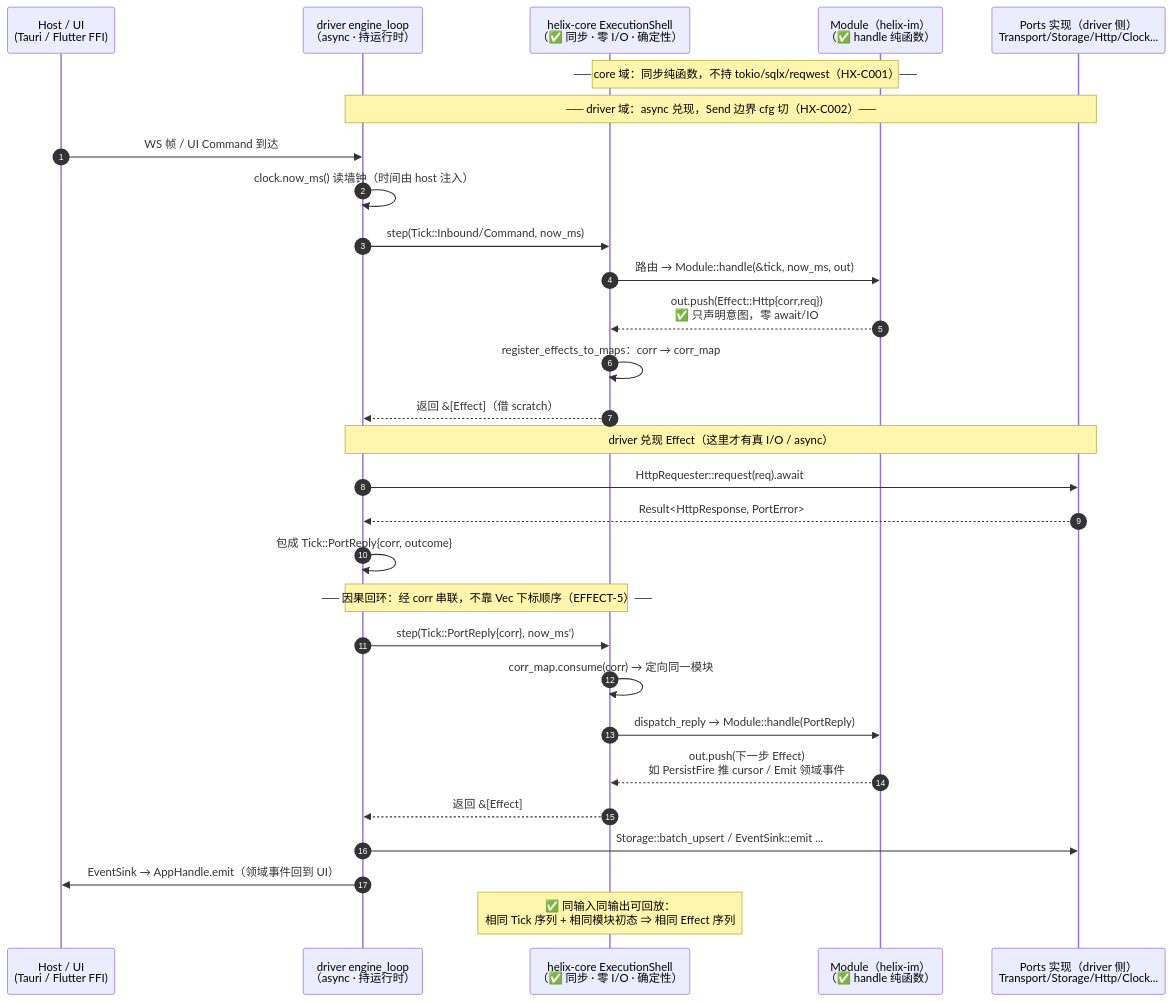
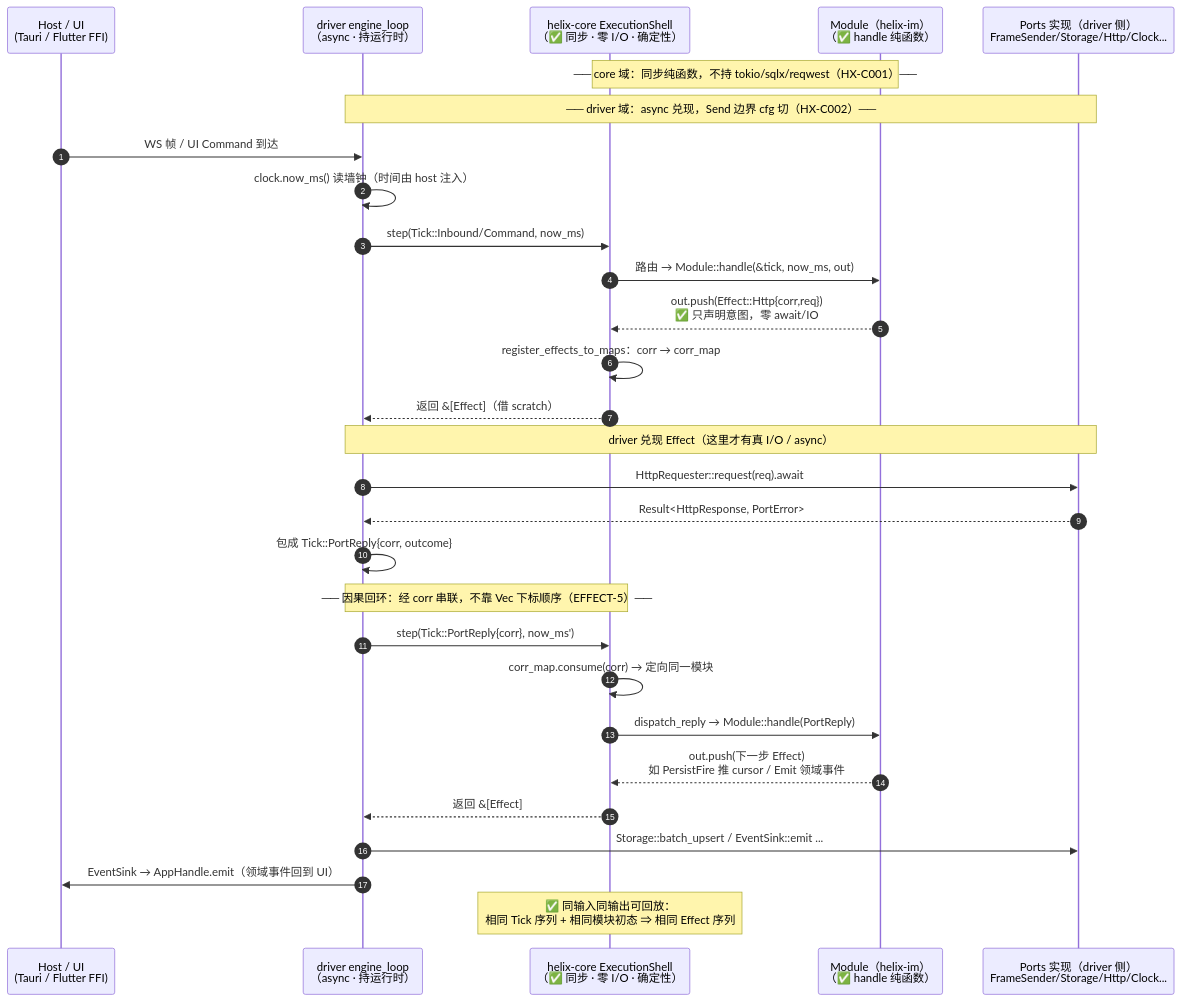
The diagram in crates/helix-core/docs/design/04-sans-io-boundary.mmd (zxs1633079383/helix), drawn with Mermaid before and after one commit. The commit also changed 40 other files, not shown here.

First line of the commit message:
refactor(core): 收窄 WebSocket 端口为 FrameSender

```diff
--- a/crates/helix-core/docs/design/04-sans-io-boundary.mmd
+++ b/crates/helix-core/docs/design/04-sans-io-boundary.mmd
@@ -1,38 +1,38 @@
 %% helix-core — sans-IO 边界因果链（core 吐意图 → driver 兑现 → PortReply 回灌）
 %% 真源：src/engine.rs (step 同步) + 6 ports (async 在 driver 侧) + src/effect.rs(Effect/corr)
 %% 关联：HX-C001(core 零运行时) · HX-C002(async port Send 边界) · AGENTS.md §1 sans-IO/确定性
-%% 6 ports：Transport / Storage / Clock / EventSink / IdSource(+Random) / HttpRequester
+%% 6 ports：FrameSender / Storage / Clock / EventSink / IdSource(+Random) / HttpRequester
 sequenceDiagram
     autonumber
     participant H as Host / UI<br/>(Tauri / Flutter FFI)
     participant D as driver engine_loop<br/>（async · 持运行时）
     participant C as helix-core ExecutionShell<br/>（✅ 同步 · 零 I/O · 确定性）
     participant M as Module（helix-im）<br/>（✅ handle 纯函数）
-    participant P as Ports 实现（driver 侧）<br/>Transport/Storage/Http/Clock...
+    participant P as Ports 实现（driver 侧）<br/>FrameSender/Storage/Http/Clock...
 
     Note over C,M: ── core 域：同步纯函数，不持 tokio/sqlx/reqwest（HX-C001）──
     Note over D,P: ── driver 域：async 兑现，Send 边界 cfg 切（HX-C002）──
 
     H->>D: WS 帧 / UI Command 到达
     D->>D: clock.now_ms() 读墙钟（时间由 host 注入）
     D->>C: step(Tick::Inbound/Command, now_ms)
     C->>M: 路由 → Module::handle(&tick, now_ms, out)
     M-->>C: out.push(Effect::Http{corr,req})<br/>✅ 只声明意图，零 await/IO
     C->>C: register_effects_to_maps：corr → corr_map
     C-->>D: 返回 &[Effect]（借 scratch）
 
     Note over D,P: driver 兑现 Effect（这里才有真 I/O / async）
     D->>P: HttpRequester::request(req).await
     P-->>D: Result<HttpResponse, PortError>
     D->>D: 包成 Tick::PortReply{corr, outcome}
 
     Note over D,C: ── 因果回环：经 corr 串联，不靠 Vec 下标顺序（EFFECT-5）──
     D->>C: step(Tick::PortReply{corr}, now_ms')
     C->>C: corr_map.consume(corr) → 定向同一模块
     C->>M: dispatch_reply → Module::handle(PortReply)
     M-->>C: out.push(下一步 Effect)<br/>如 PersistFire 推 cursor / Emit 领域事件
     C-->>D: 返回 &[Effect]
     D->>P: Storage::batch_upsert / EventSink::emit ...
     D->>H: EventSink → AppHandle.emit（领域事件回到 UI）
 
     Note over C: ✅ 同输入同输出可回放：<br/>相同 Tick 序列 + 相同模块初态 ⇒ 相同 Effect 序列
```
